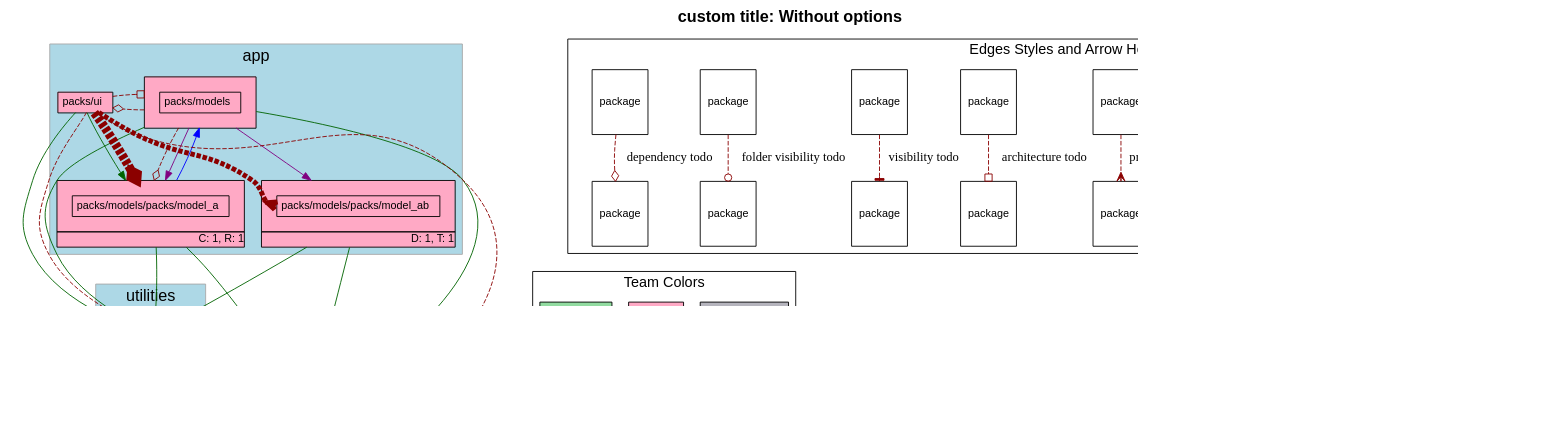
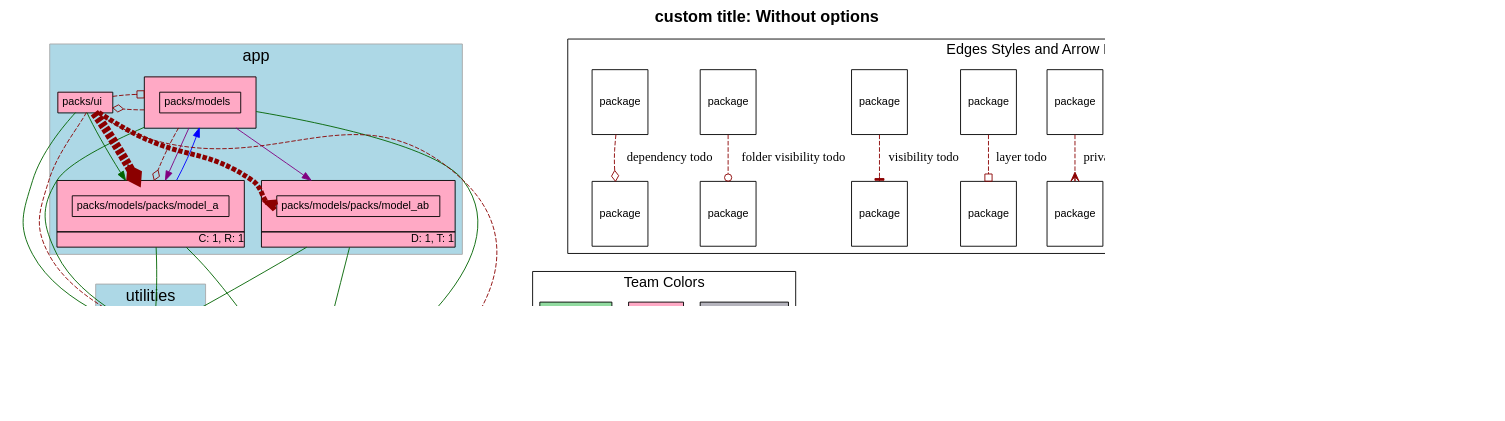
Before and after one commit to rubyatscale/visualize_packs: the diagram in spec/sample_app1/test_output/plain.dot, drawn with Graphviz. The commit also changed 15 other files, not shown here.

First line of the commit message:
Renaming architecture to layer (#66)

```diff
--- a/spec/sample_app1/test_output/plain.dot
+++ b/spec/sample_app1/test_output/plain.dot
@@ -166,7 +166,7 @@
               penwidth=1.0            ]
             "packs/ui" -> "packs/models" [
                 constraint=false
-              # headlabel="architecture"
+              # headlabel="layer"
 color=darkred style=dashed arrowhead=obox
               penwidth=1.0            ]
             "packs/ui" -> "packs/models/packs/model_a" [
@@ -199,7 +199,7 @@
       C -> D [label="privacy todo" color=darkred style=dashed arrowhead=crow]
       E [ fontsize=12 shape=box label="package"]
       F [ fontsize=12 shape=box label="package"]
-      E -> F [label="architecture todo" color=darkred style=dashed arrowhead=obox]
+      E -> F [label="layer todo" color=darkred style=dashed arrowhead=obox]
       G [ fontsize=12 shape=box label="package"]
       H [ fontsize=12 shape=box label="package"]
       G -> H [label="visibility todo" color=darkred style=dashed arrowhead=tee]
```
